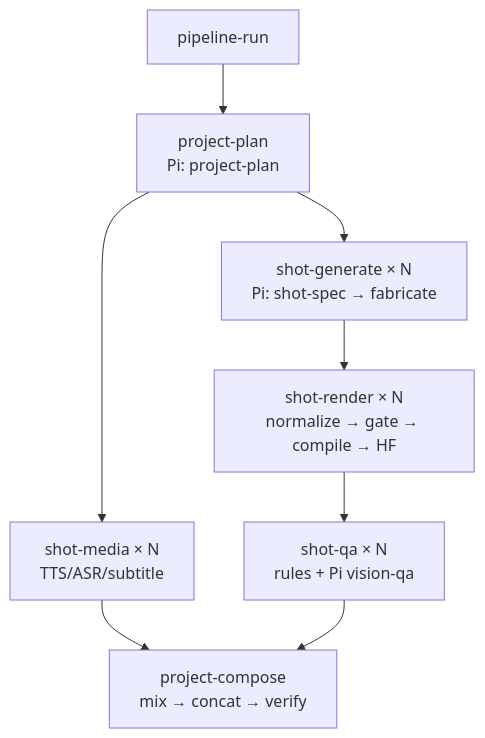
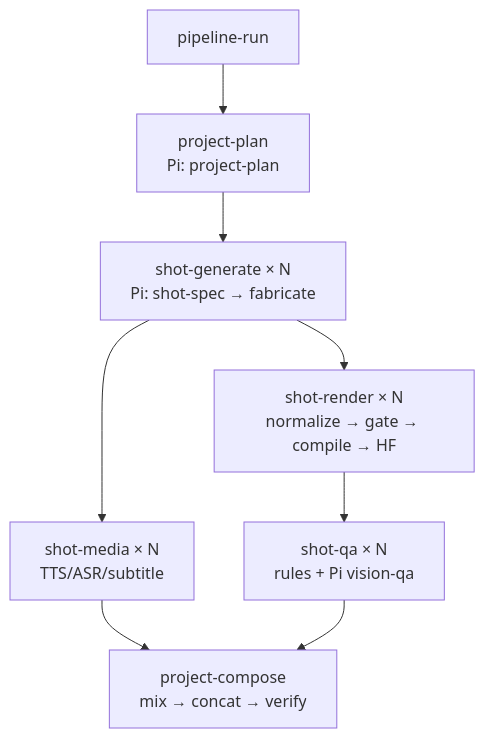
The second of 2 diagrams in docs/plans/2026-07-24-refactor-blueprint-02-target-architecture.md (AIMFllyYS/code-video-canvas), drawn with Mermaid before and after one commit. The commit also changed other lines of this file and 8 other files, not shown here.

Commit message:
docs(architecture): harden refactor v3 contracts

````diff
--- a/docs/plans/2026-07-24-refactor-blueprint-02-target-architecture.md
+++ b/docs/plans/2026-07-24-refactor-blueprint-02-target-architecture.md
@@ -184,18 +184,18 @@
 ```mermaid
 flowchart TD
   Run["pipeline-run"]
   Plan["project-plan<br/>Pi: project-plan"]
   Generate["shot-generate × N<br/>Pi: shot-spec → fabricate"]
   Media["shot-media × N<br/>TTS/ASR/subtitle"]
   Render["shot-render × N<br/>normalize → gate → compile → HF"]
   QA["shot-qa × N<br/>rules + Pi vision-qa"]
   Compose["project-compose<br/>mix → concat → verify"]
 
   Run --> Plan
   Plan --> Generate
-  Plan --> Media
   Generate --> Render
+  Generate --> Media
   Render --> QA
   Media --> Compose
   QA --> Compose
 ```
````
